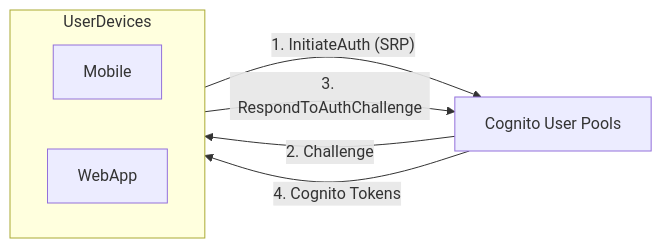
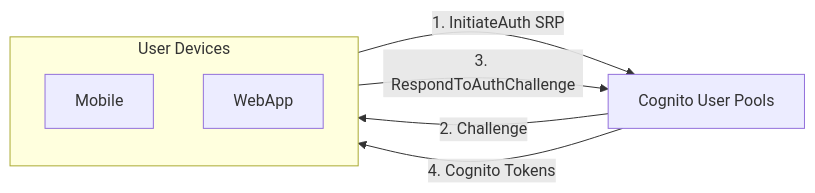
The third of 7 diagrams in aws/Cognito.md (cool21540125/documentation-notes), drawn with Mermaid before and after one commit. The commit also changed other lines of this file and 3 other files, not shown here.

````diff
--- a/aws/Cognito.md
+++ b/aws/Cognito.md
@@ -46,15 +49,12 @@
 ```mermaid
 flowchart LR
-
-cup["Cognito User Pools"]
-subgraph UserDevices
-    direction LR
-    m["Mobile"]
-    w["WebApp"]
-end
-
-UserDevices -- "1. InitiateAuth (SRP)" --> cup;
-cup -- "2. Challenge" --> UserDevices;
-UserDevices -- "3. RespondToAuthChallenge" --> cup;
-cup -- "4. Cognito Tokens" --> UserDevices;
+    cup["Cognito User Pools"]
+    subgraph devices["User Devices"]
+        mobile["Mobile"]
+        webapp["WebApp"]
+    end
+    devices -->|1. InitiateAuth SRP| cup
+    cup -->|2. Challenge| devices
+    devices -->|3. RespondToAuthChallenge| cup
+    cup -->|4. Cognito Tokens| devices
 ```
````
